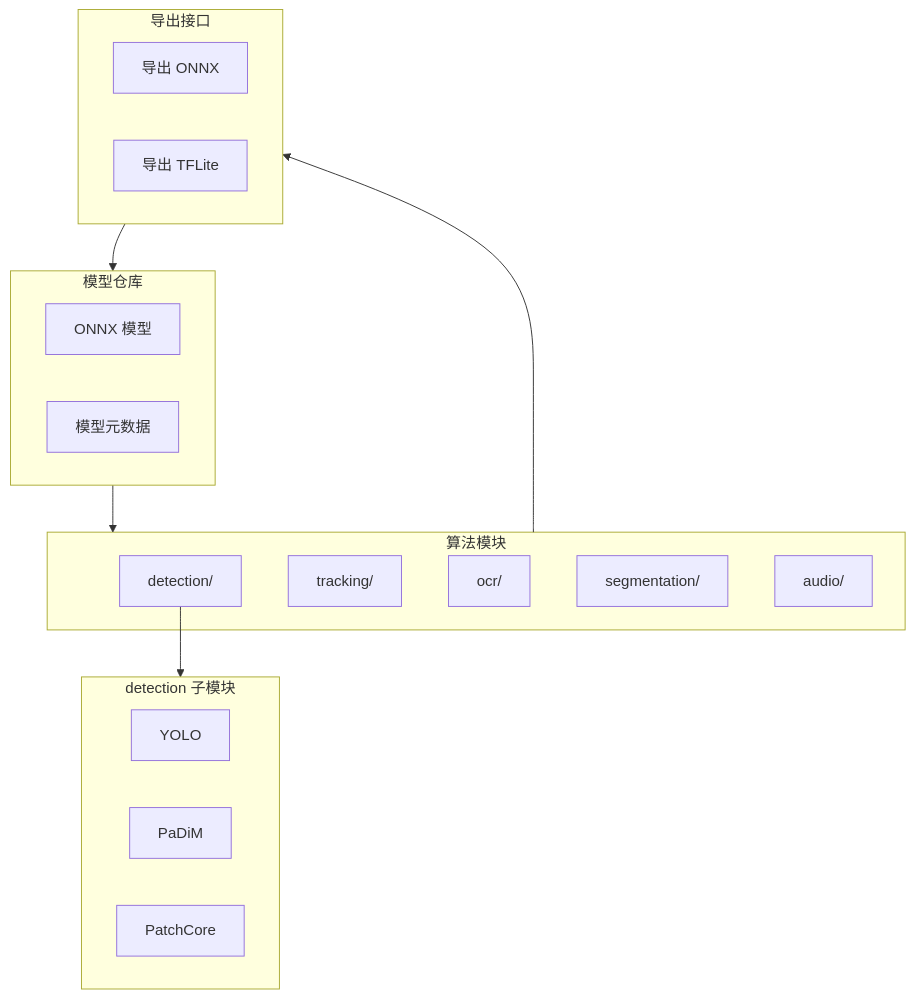
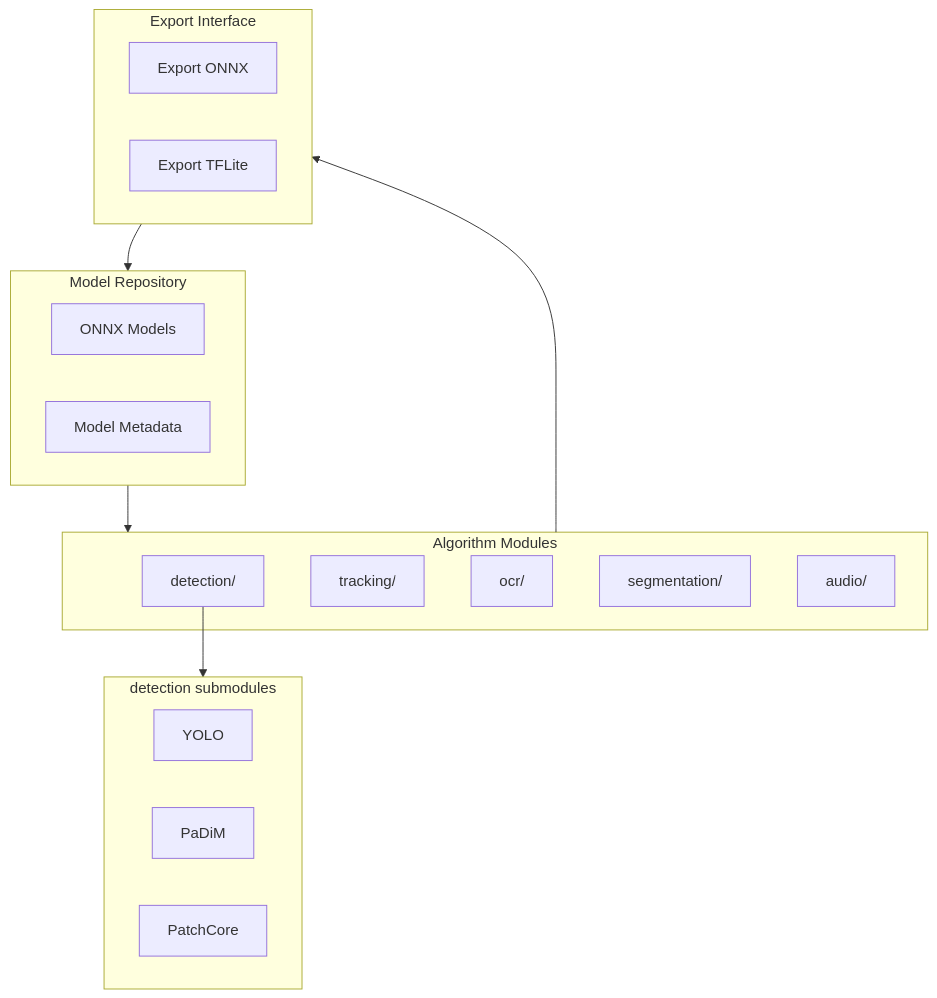
One commit to JeffRen1977/smartCamera changed the first of 2 diagrams in docs/architecture/02_algorithms_layer.md. Above: the diagram before and after it, drawn with Mermaid. The commit also changed other lines of this file and 36 other files, not shown here.

````diff
--- a/docs/architecture/02_algorithms_layer.md
+++ b/docs/architecture/02_algorithms_layer.md
@@ -19,31 +19,31 @@
 ```mermaid
 flowchart TB
-    subgraph ModelRepo [模型仓库]
-        ONNX[ONNX 模型]
-        Meta[模型元数据]
+    subgraph ModelRepo [Model Repository]
+        ONNX[ONNX Models]
+        Meta[Model Metadata]
     end
 
-    subgraph AlgoModules [算法模块]
+    subgraph AlgoModules [Algorithm Modules]
         Detection[detection/]
         Tracking[tracking/]
         OCR[ocr/]
         Segmentation[segmentation/]
         Audio[audio/]
     end
 
-    subgraph DetectionDetail [detection 子模块]
+    subgraph DetectionDetail [detection submodules]
         YOLO[YOLO]
         PaDiM[PaDiM]
         PatchCore[PatchCore]
     end
 
-    subgraph Export [导出接口]
-        ToONNX[导出 ONNX]
-        ToTFLite[导出 TFLite]
+    subgraph Export [Export Interface]
+        ToONNX[Export ONNX]
+        ToTFLite[Export TFLite]
     end
 
     ModelRepo --> AlgoModules
     Detection --> DetectionDetail
     AlgoModules --> Export
     Export --> ModelRepo
 ```
````
